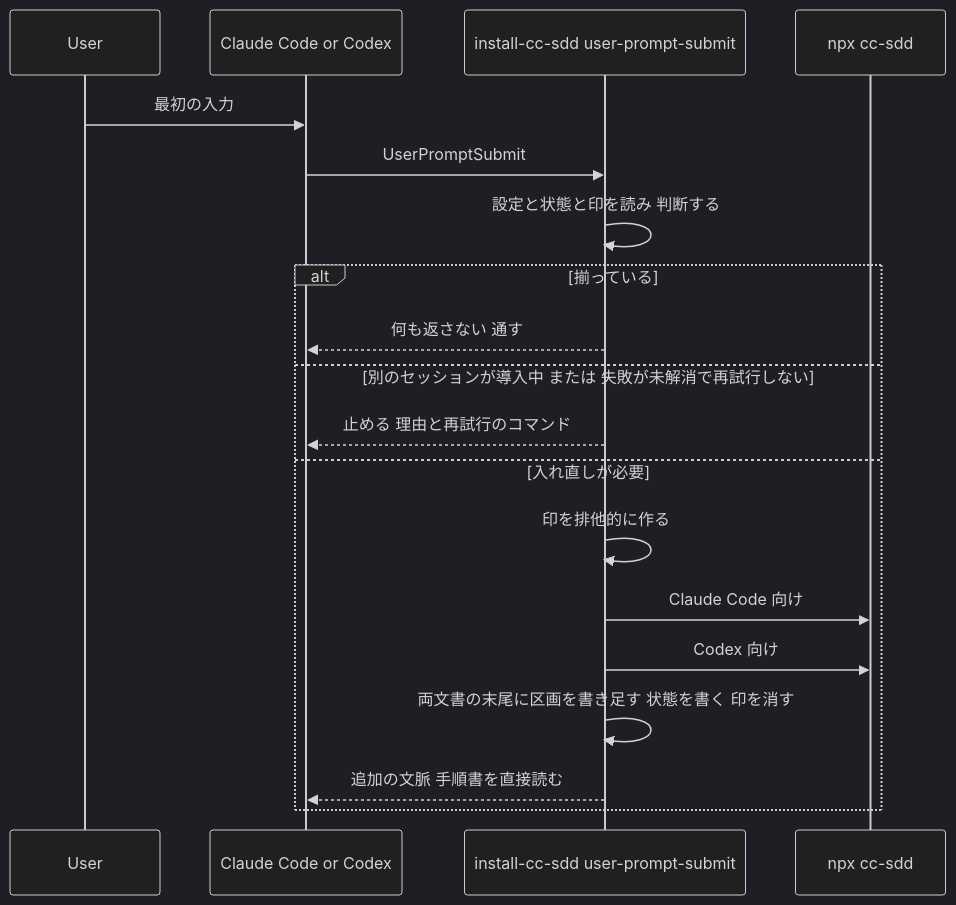
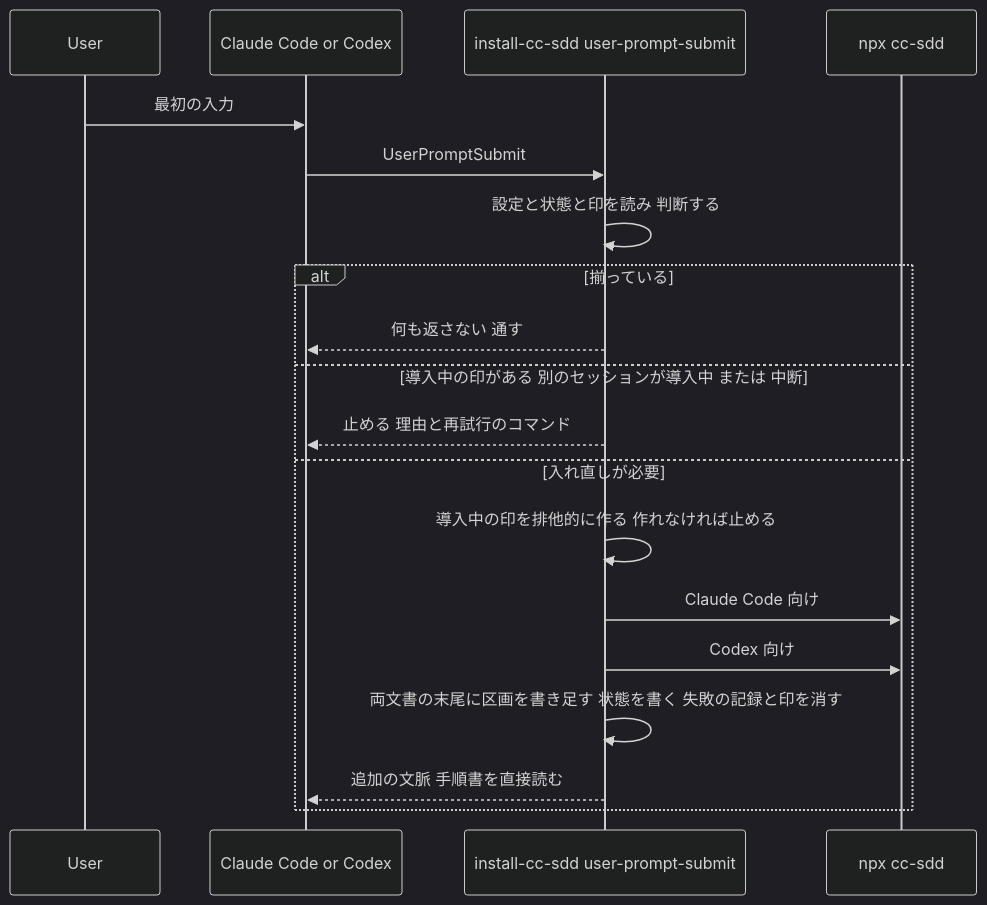
One commit to nekono-dev/cc-sdd-bootstrap changed the second of 3 diagrams in .kiro/specs/session-install/design.md. Above: the diagram before and after it, drawn with Mermaid (dark theme). The commit also changed other lines of this file and 1 other file, not shown here.

````diff
--- a/.kiro/specs/session-install/design.md
+++ b/.kiro/specs/session-install/design.md
@@ -113,21 +114,21 @@
 ```mermaid
 sequenceDiagram
     participant User
     participant Tool as Claude Code or Codex
     participant Hook as install-cc-sdd user-prompt-submit
     participant Npx as npx cc-sdd
     User->>Tool: 最初の入力
     Tool->>Hook: UserPromptSubmit
     Hook->>Hook: 設定と状態と印を読み 判断する
     alt 揃っている
         Hook-->>Tool: 何も返さない 通す
-    else 別のセッションが導入中 または 失敗が未解消で再試行しない
+    else 導入中の印がある 別のセッションが導入中 または 中断
         Hook-->>Tool: 止める 理由と再試行のコマンド
     else 入れ直しが必要
-        Hook->>Hook: 印を排他的に作る
+        Hook->>Hook: 導入中の印を排他的に作る 作れなければ止める
         Hook->>Npx: Claude Code 向け
         Hook->>Npx: Codex 向け
-        Hook->>Hook: 両文書の末尾に区画を書き足す 状態を書く 印を消す
+        Hook->>Hook: 両文書の末尾に区画を書き足す 状態を書く 失敗の記録と印を消す
         Hook-->>Tool: 追加の文脈 手順書を直接読む
     end
 ```
````
